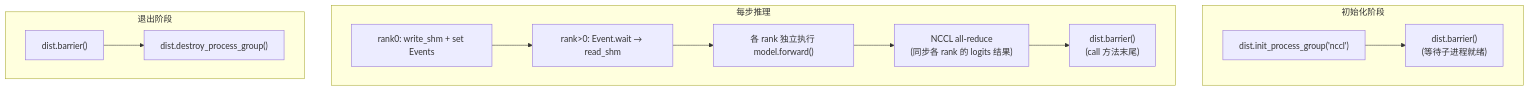
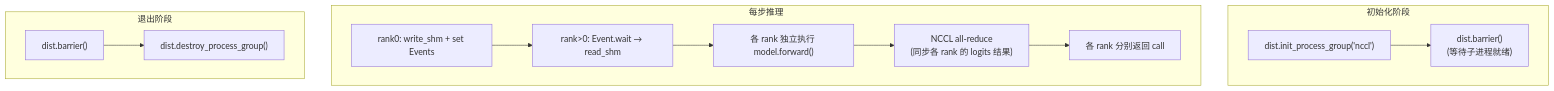
One commit to ForceInjection/nano-vllm changed the fourth of 4 diagrams in docs/llm-inference-visual/slides/slides.08.md. Above: the diagram before and after it, drawn with Mermaid. The commit also changed other lines of this file, not shown here.

````diff
--- a/docs/llm-inference-visual/slides/slides.08.md
+++ b/docs/llm-inference-visual/slides/slides.08.md
@@ -278,15 +297,15 @@
 ```mermaid {scale: 0.65}
 flowchart TD
     subgraph INIT["初始化阶段"]
         I1["dist.init_process_group('nccl')"] --> I2["dist.barrier()<br/>(等待子进程就绪)"]
     end
     subgraph RUN["每步推理"]
         R1["rank0: write_shm + set Events"] --> R2["rank>0: Event.wait → read_shm"]
         R2 --> R3["各 rank 独立执行 model.forward()"]
         R3 --> R4["NCCL all-reduce<br/>(同步各 rank 的 logits 结果)"]
-        R4 --> R5["dist.barrier()<br/>(call 方法末尾)"]
+        R4 --> R5["各 rank 分别返回 call"]
     end
     subgraph EXIT["退出阶段"]
         E1["dist.barrier()"] --> E2["dist.destroy_process_group()"]
     end
 ```
````
